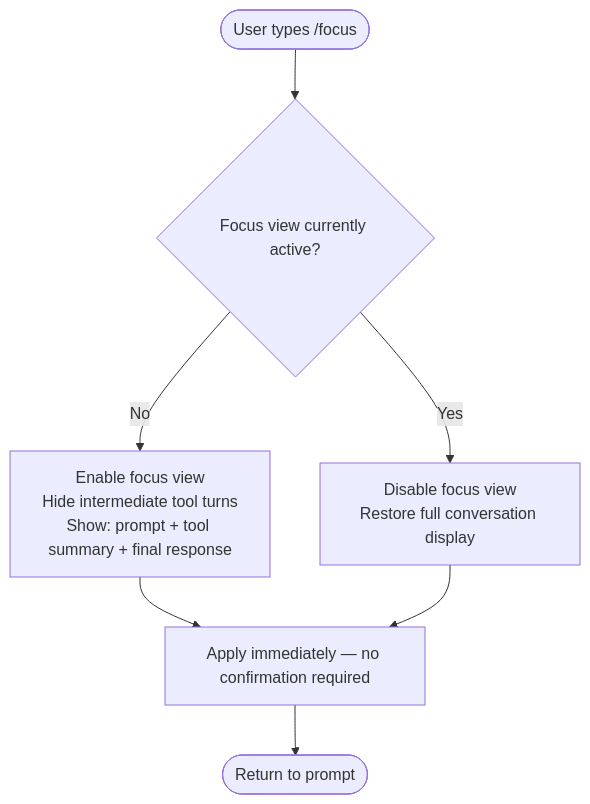
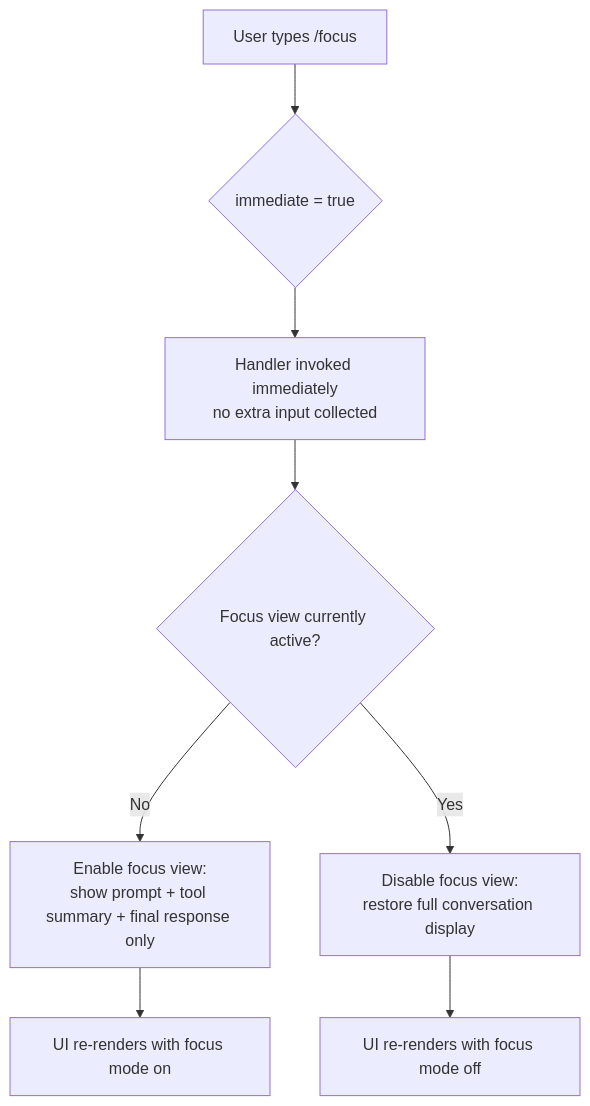
One commit to MyLittleLuckyDog/cc-gnothi changed the diagram in versions/v2.1.132/focus.md. Above: the diagram before and after it, drawn with Mermaid. The commit also changed other lines of this file and 96 other files, not shown here.

````diff
--- a/versions/v2.1.132/focus.md
+++ b/versions/v2.1.132/focus.md
@@ -45,9 +57,10 @@
 ```mermaid
 flowchart TD
-    A([User types /focus]) --> B{Focus view currently active?}
-    B -- No --> C[Enable focus view\nHide intermediate tool turns\nShow: prompt + tool summary + final response]
-    B -- Yes --> D[Disable focus view\nRestore full conversation display]
-    C --> E[Apply immediately — no confirmation required]
-    D --> E
-    E --> F([Return to prompt])
+    A[User types /focus] --> B{immediate = true}
+    B --> C[Handler invoked immediately\nno extra input collected]
+    C --> D{Focus view currently active?}
+    D -- No --> E[Enable focus view:\nshow prompt + tool summary + final response only]
+    D -- Yes --> F[Disable focus view:\nrestore full conversation display]
+    E --> G[UI re-renders with focus mode on]
+    F --> H[UI re-renders with focus mode off]
 ```
````
